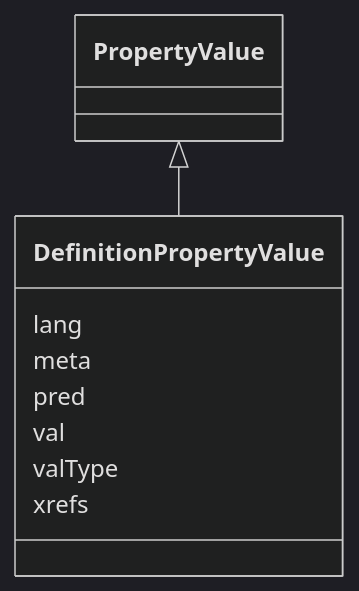
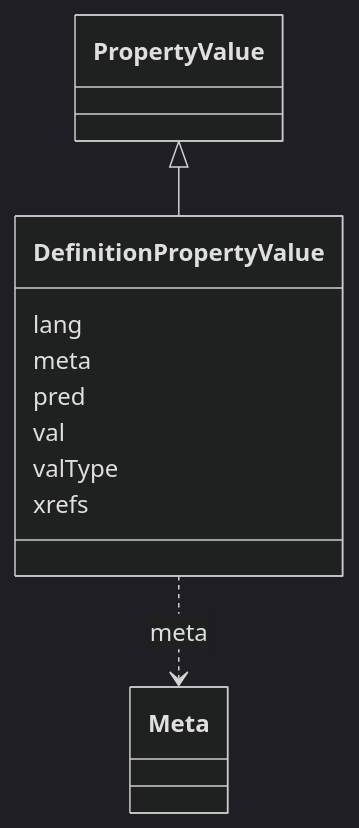
Before and after one commit to INCATools/ontology-access-kit: the diagram in obograph/DefinitionPropertyValue.md, drawn with Mermaid (dark theme). The commit also changed other lines of this file and 1783 other files, not shown here.

````diff
--- a/obograph/DefinitionPropertyValue.md
+++ b/obograph/DefinitionPropertyValue.md
@@ -11,13 +11,21 @@
 ```{mermaid}
  classDiagram
     class DefinitionPropertyValue
       PropertyValue <|-- DefinitionPropertyValue
       
       DefinitionPropertyValue : lang
+        
       DefinitionPropertyValue : meta
+        
+          DefinitionPropertyValue ..> Meta : meta
+        
       DefinitionPropertyValue : pred
+        
       DefinitionPropertyValue : val
+        
       DefinitionPropertyValue : valType
+        
       DefinitionPropertyValue : xrefs
+        
       
 ```
````
